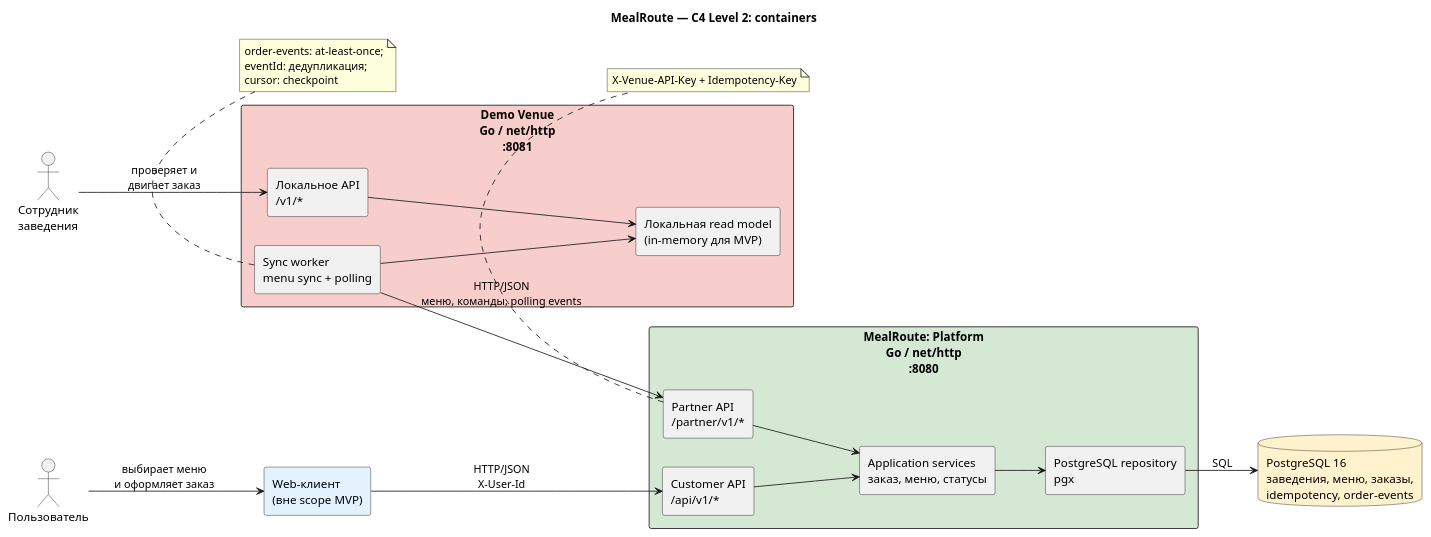
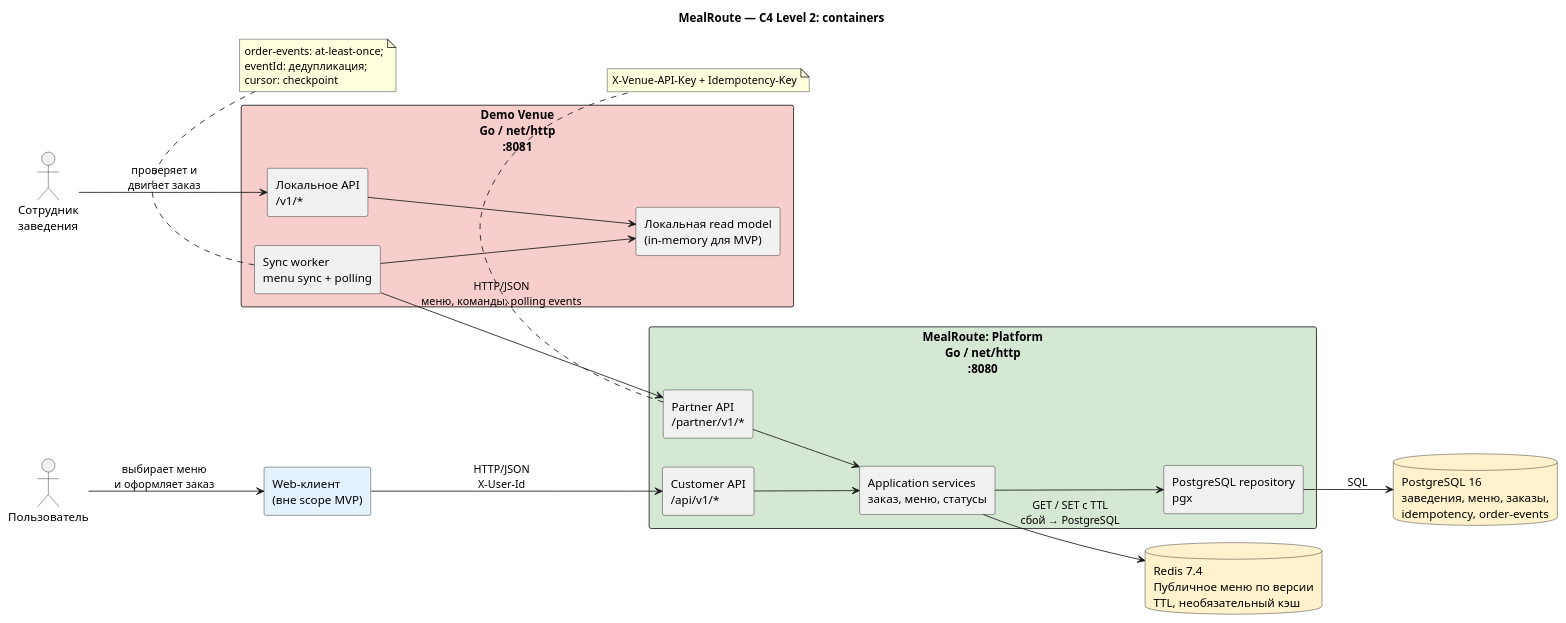
Before and after one commit to BR334ARD/mealroute: the diagram in docs/architecture/c4-container.puml, drawn with PlantUML. The commit also changed 12 other files, not shown here.

```diff
--- a/docs/architecture/c4-container.puml
+++ b/docs/architecture/c4-container.puml
@@ -1,46 +1,48 @@
 @startuml
 title MealRoute — C4 Level 2: containers
 left to right direction
 skinparam shadowing false
 skinparam componentStyle rectangle
 skinparam packageStyle rectangle
 
 actor "Пользователь" as customer
 actor "Сотрудник\nзаведения" as operator
 
 rectangle "Web-клиент\n(вне scope MVP)" as web #E3F2FD
 rectangle "MealRoute: Platform\nGo / net/http\n:8080" as platform #D5E8D4 {
   rectangle "Customer API\n/api/v1/*" as customerAPI
   rectangle "Partner API\n/partner/v1/*" as partnerAPI
   rectangle "Application services\nзаказ, меню, статусы" as app
   rectangle "PostgreSQL repository\npgx" as repository
 }
 database "PostgreSQL 16\nзаведения, меню, заказы,\nidempotency, order-events" as postgres #FFF2CC
+database "Redis 7.4\nПубличное меню по версии\nTTL, необязательный кэш" as redis #FFF2CC
 rectangle "Demo Venue\nGo / net/http\n:8081" as venue #F8CECC {
   rectangle "Локальное API\n/v1/*" as venueAPI
   rectangle "Sync worker\nmenu sync + polling" as worker
   rectangle "Локальная read model\n(in-memory для MVP)" as readmodel
 }
 
 customer --> web : выбирает меню\nи оформляет заказ
 web --> customerAPI : HTTP/JSON\nX-User-Id
 operator --> venueAPI : проверяет и\nдвигает заказ
 customerAPI --> app
 partnerAPI --> app
 app --> repository
+app --> redis : GET / SET с TTL\nсбой → PostgreSQL
 repository --> postgres : SQL
 
 worker --> partnerAPI : HTTP/JSON\nменю, команды, polling events
 worker --> readmodel
 venueAPI --> readmodel
 
 note bottom of partnerAPI
   X-Venue-API-Key + Idempotency-Key
 end note
 
 note bottom of worker
   order-events: at-least-once;
   eventId: дедупликация;
   cursor: checkpoint
 end note
 @enduml
```
